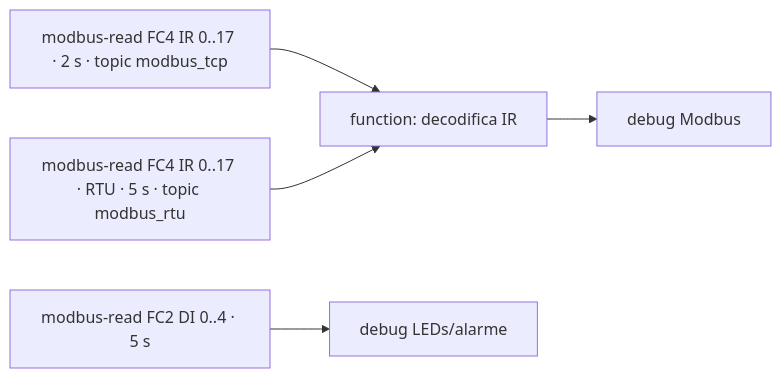
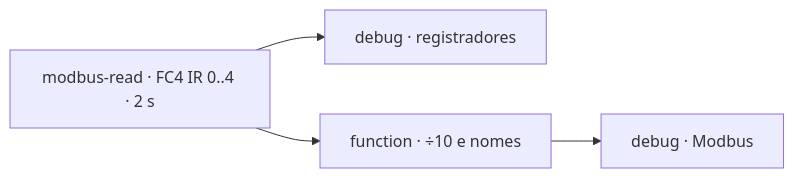
Before and after one commit to ruseleredu/iiot-docs: the third of 5 diagrams in labs-docs/LAB08.mdx, drawn with Mermaid. The commit also changed other lines of this file, not shown here.

````diff
--- a/labs-docs/LAB08.mdx
+++ b/labs-docs/LAB08.mdx
@@ -369,7 +389,5 @@
 ```mermaid
 flowchart LR
-  R1[modbus-read FC4 IR 0..17 · 2 s · topic modbus_tcp] --> DEC[function: decodifica IR]
-  R2[modbus-read FC4 IR 0..17 · RTU · 5 s · topic modbus_rtu] --> DEC
-  DEC --> DBG[debug Modbus]
-  R3[modbus-read FC2 DI 0..4 · 5 s] --> DBG2[debug LEDs/alarme]
+  R[modbus-read · FC4 IR 0..4 · 2 s] --> D1[debug · registradores]
+  R --> F[function · ÷10 e nomes] --> D2[debug · Modbus]
 ```
````
